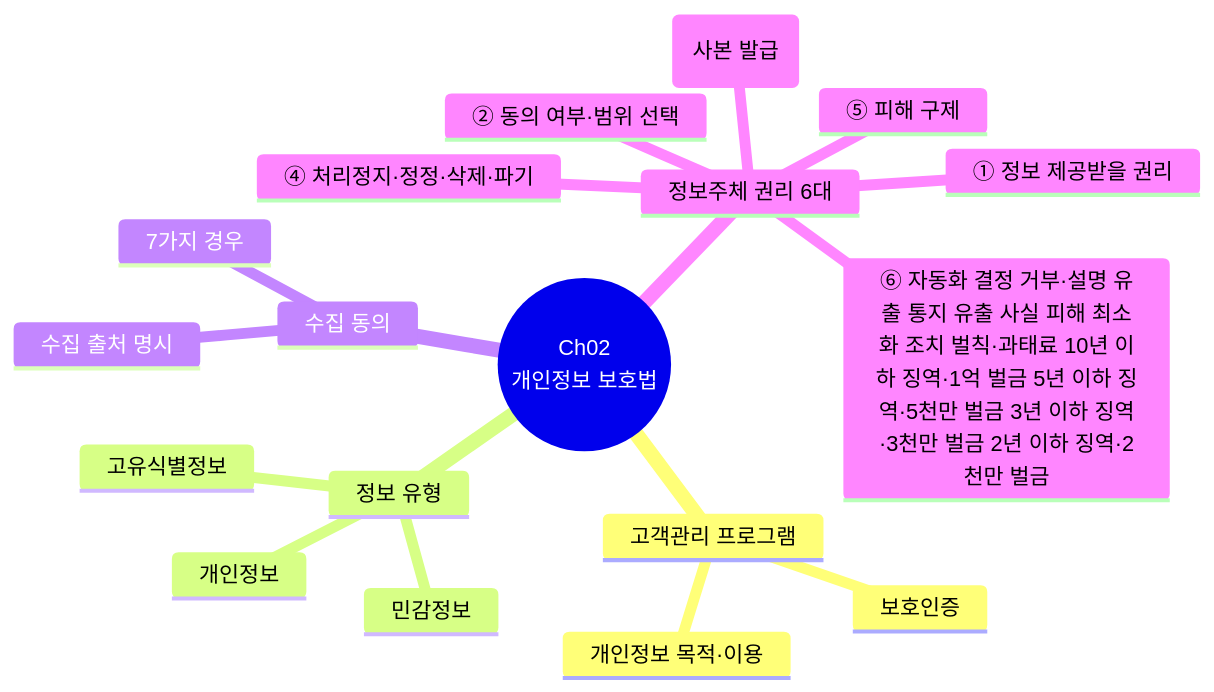
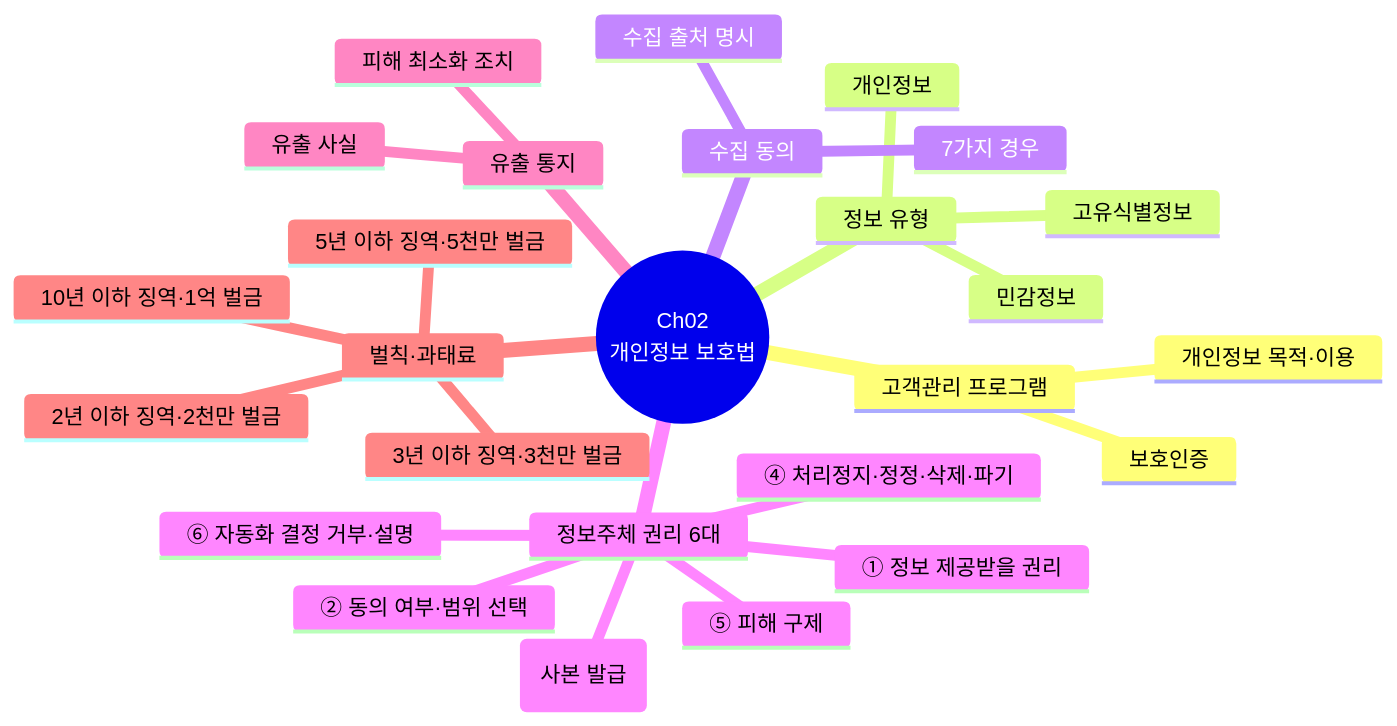
The third of 10 diagrams in content/교재/law/1과목_화장품법의이해_이야기형.md (skygoldlee-cyber/Personalized_Skincare), drawn with Mermaid before and after one commit. The commit also changed other lines of this file and 9 other files, not shown here.

````diff
--- a/content/교재/law/1과목_화장품법의이해_이야기형.md
+++ b/content/교재/law/1과목_화장품법의이해_이야기형.md
@@ -290,21 +290,29 @@
 ```mermaid
 mindmap
  root((Ch02<br/>개인정보 보호법))
   고객관리 프로그램
    개인정보 목적·이용
    보호인증
   정보 유형
    개인정보
    민감정보
    고유식별정보
   수집 동의
    7가지 경우
    수집 출처 명시
   정보주체 권리 6대
    ① 정보 제공받을 권리
    ② 동의 여부·범위 선택
    ③ 열람·전송(사본 발급)
    ④ 처리정지·정정·삭제·파기
    ⑤ 피해 구제
-   ⑥ 자동화 결정 거부·설명 유출 통지 유출 사실 피해 최소화 조치 벌칙·과태료 10년 이하 징역·1억 벌금 5년 이하 징역·5천만 벌금 3년 이하 징역·3천만 벌금 2년 이하 징역·2천만 벌금
+   ⑥ 자동화 결정 거부·설명
+  유출 통지
+   유출 사실
+   피해 최소화 조치
+  벌칙·과태료
+   10년 이하 징역·1억 벌금
+   5년 이하 징역·5천만 벌금
+   3년 이하 징역·3천만 벌금
+   2년 이하 징역·2천만 벌금
 ```
````
